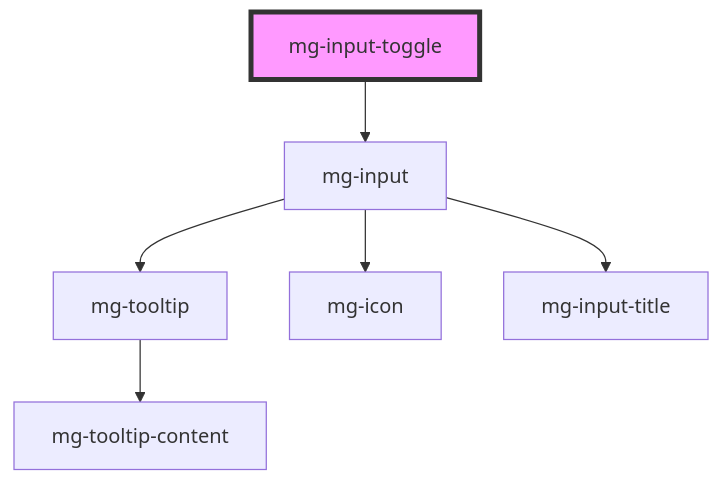
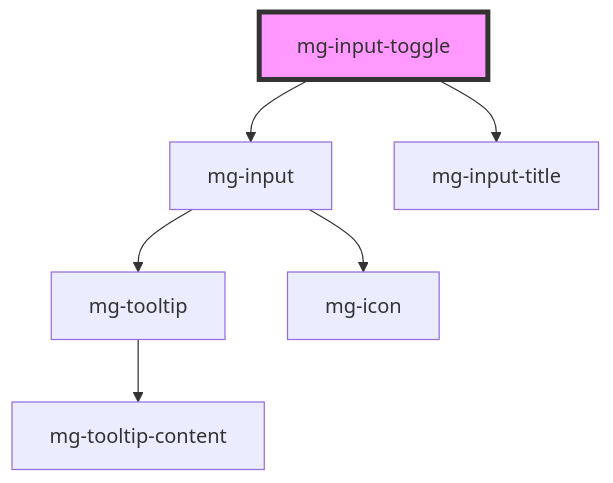
One commit to MGDIS/core-ui changed the diagram in packages/mg-components/src/components/molecules/inputs/mg-input-toggle/readme.md. Above: the diagram before and after it, drawn with Mermaid. The commit also changed other lines of this file and 50 other files, not shown here.

````diff
--- a/packages/mg-components/src/components/molecules/inputs/mg-input-toggle/readme.md
+++ b/packages/mg-components/src/components/molecules/inputs/mg-input-toggle/readme.md
@@ -90,9 +91,9 @@
 ```mermaid
 graph TD;
   mg-input-toggle --> mg-input
+  mg-input-toggle --> mg-input-title
   mg-input --> mg-tooltip
   mg-input --> mg-icon
-  mg-input --> mg-input-title
   mg-tooltip --> mg-tooltip-content
   style mg-input-toggle fill:#f9f,stroke:#333,stroke-width:4px
 ```
````
